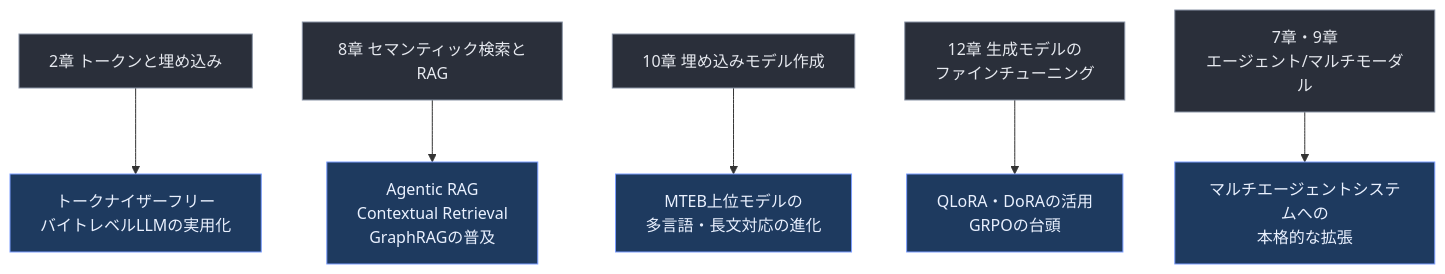
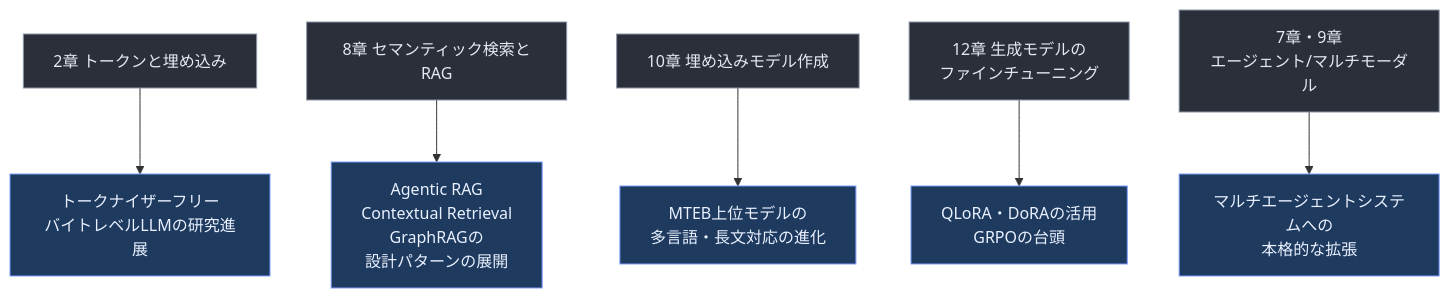
One commit to myoshi2891/Comparison-of-LLMs changed diagram 26 of 27 in Hands-on-large-language-models-guide.md. Above: the diagram before and after it, drawn with Mermaid. The commit also changed 1 other file, not shown here.

Commit message:
docs(guides): refine chapter diagrams in Hands-on LLM guide and fix reference in Reliable ML guide

````diff
--- a/Hands-on-large-language-models-guide.md
+++ b/Hands-on-large-language-models-guide.md
@@ -692,13 +692,13 @@
 ```mermaid
 flowchart TB
-    Ch2["2章 トークンと埋め込み"] --> T1["トークナイザーフリー<br/>バイトレベルLLMの実用化"]
-    Ch8["8章 セマンティック検索とRAG"] --> T2["Agentic RAG<br/>Contextual Retrieval<br/>GraphRAGの普及"]
+    Ch2["2章 トークンと埋め込み"] --> T1["トークナイザーフリー<br/>バイトレベルLLMの研究進展"]
+    Ch8["8章 セマンティック検索とRAG"] --> T2["Agentic RAG<br/>Contextual Retrieval<br/>GraphRAGの<br/>設計パターンの展開"]
     Ch10["10章 埋め込みモデル作成"] --> T3["MTEB上位モデルの<br/>多言語・長文対応の進化"]
     Ch12["12章 生成モデルの<br/>ファインチューニング"] --> T4["QLoRA・DoRAの活用<br/>GRPOの台頭"]
     Ch7_9["7章・9章<br/>エージェント/マルチモーダル"] --> T5["マルチエージェントシステムへの<br/>本格的な拡張"]
 
     classDef chapStyle fill:#2a2f3a,stroke:#8a94a6,color:#e6e9ef
     classDef trendStyle fill:#1e3a5f,stroke:#7c9eff,color:#eaf1ff
     class Ch2,Ch8,Ch10,Ch12,Ch7_9 chapStyle
     class T1,T2,T3,T4,T5 trendStyle
 ```
````
